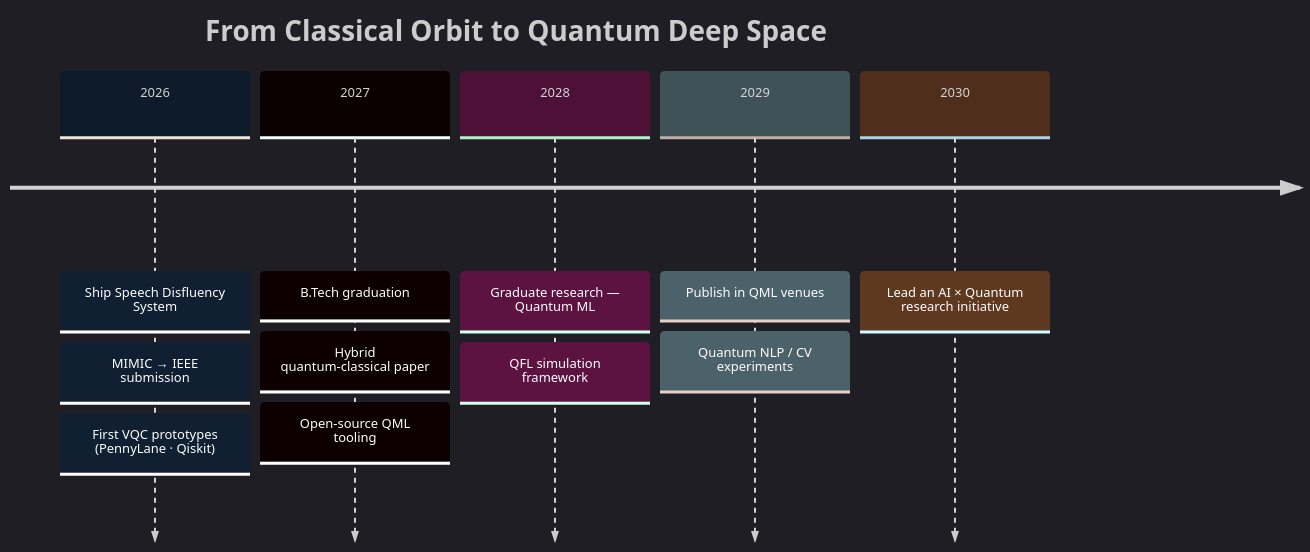
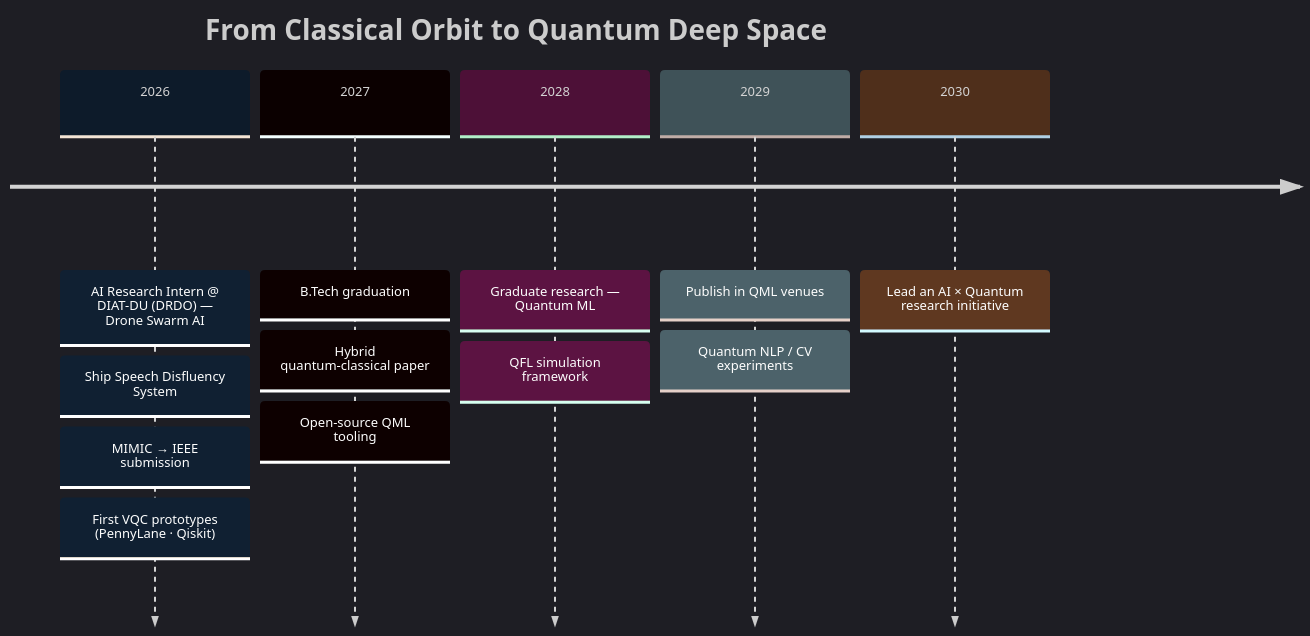
One commit to lakshit2234/lakshit2234 changed the second of 2 diagrams in README.md. Above: the diagram before and after it, drawn with Mermaid. The commit also changed other lines of this file, not shown here.

````diff
--- a/README.md
+++ b/README.md
@@ -634,10 +716,10 @@
 ```mermaid
 %%{init: {'theme':'dark','themeVariables':{'primaryColor':'#0d1b2a','primaryTextColor':'#00d4ff','lineColor':'#f5a623','fontSize':'13px'}}}%%
 timeline
     title From Classical Orbit to Quantum Deep Space
-    2026 : Ship Speech Disfluency System : MIMIC → IEEE submission : First VQC prototypes (PennyLane · Qiskit)
+    2026 : AI Research Intern @ DIAT-DU (DRDO) — Drone Swarm AI : Ship Speech Disfluency System : MIMIC → IEEE submission : First VQC prototypes (PennyLane · Qiskit)
     2027 : B.Tech graduation : Hybrid quantum-classical paper : Open-source QML tooling
     2028 : Graduate research — Quantum ML : QFL simulation framework
     2029 : Publish in QML venues : Quantum NLP / CV experiments
     2030 : Lead an AI × Quantum research initiative
 ```
````
